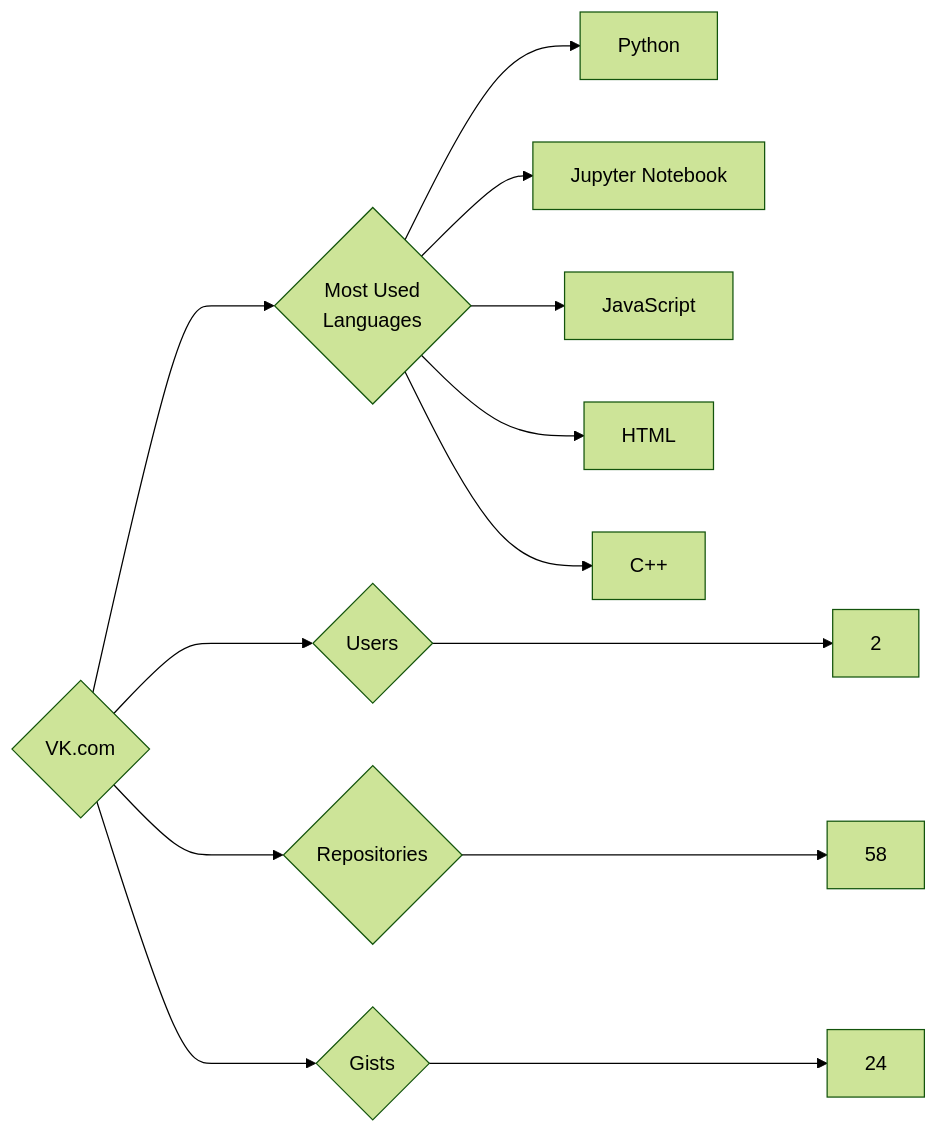
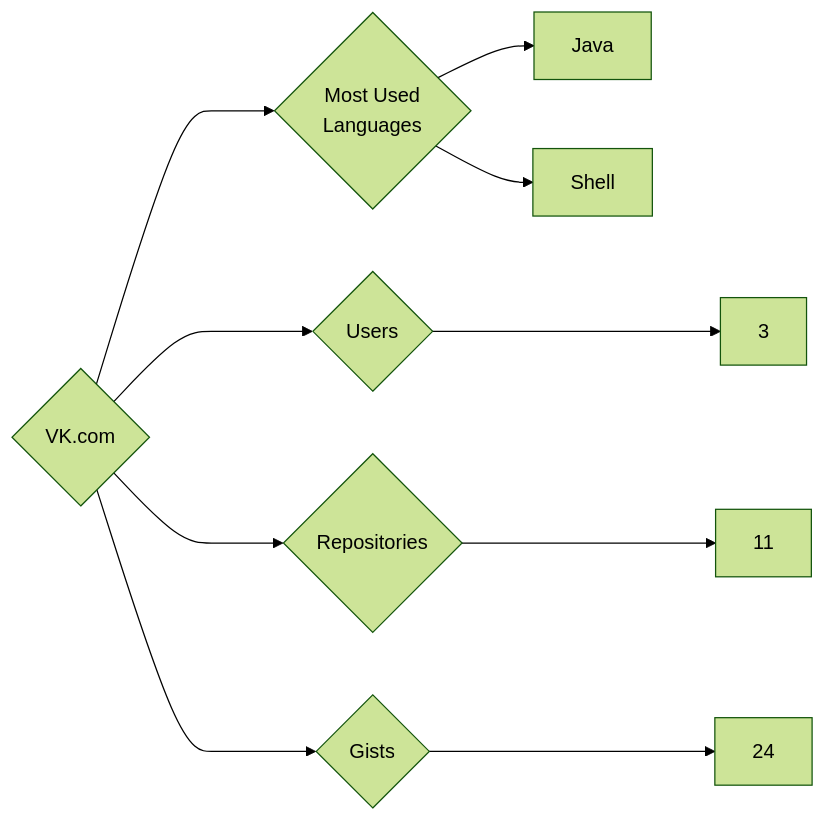
The diagram in targets/VK.com/README.md (trickest/insiders), drawn with Mermaid (forest theme) before and after one commit. The commit also changed 955 other files, not shown here.

````diff
--- a/targets/VK.com/README.md
+++ b/targets/VK.com/README.md
@@ -3,13 +3,10 @@
 ```mermaid
 graph LR
 COMPANY_NAME{VK.com}
-COMPANY_NAME ---> U{Users} ---> UN[2]
-COMPANY_NAME ---> R{Repositories} ---> RN[58]
+COMPANY_NAME ---> U{Users} ---> UN[3]
+COMPANY_NAME ---> R{Repositories} ---> RN[11]
 COMPANY_NAME ---> G{Gists} ---> GN[24]
 COMPANY_NAME ---> ML{Most Used<br>Languages}
-ML --> Python[Python]
-ML --> Jupyter_Notebook[Jupyter Notebook]
-ML --> JavaScript[JavaScript]
-ML --> HTML[HTML]
-ML --> C++[C++]
+ML --> Java[Java]
+ML --> Shell[Shell]
 ```
````
